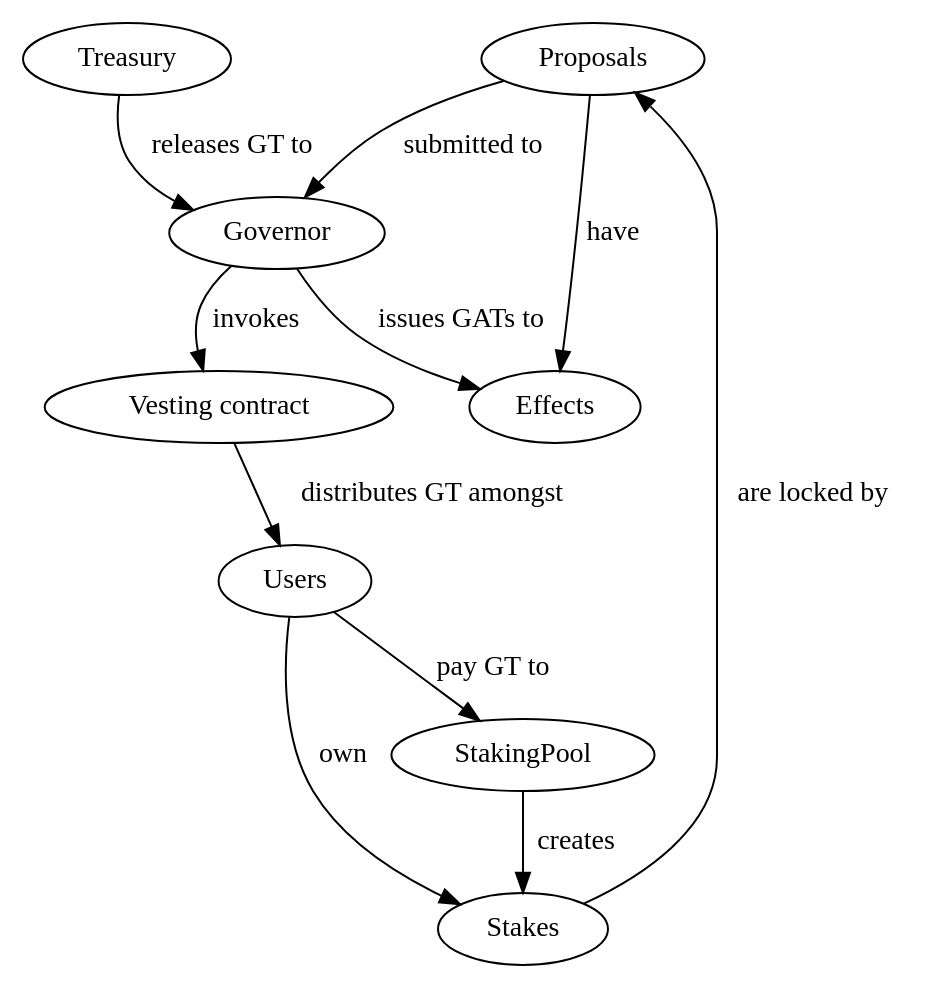
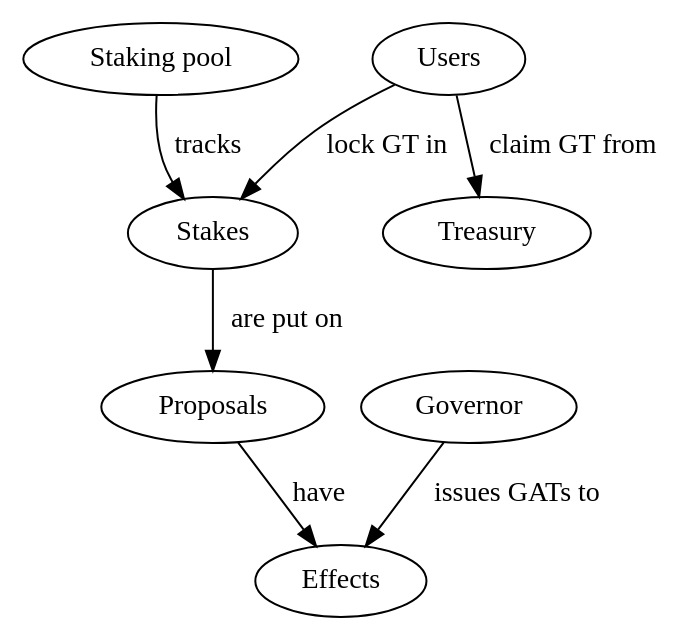
One commit to Liqwid-Labs/agora changed the diagram in docs/diagrams/gov-overview.dot. Above: the diagram before and after it, drawn with Graphviz. The commit also changed 1 other file, not shown here.

Commit message:
updated gov overview diagram

```diff
--- a/docs/diagrams/gov-overview.dot
+++ b/docs/diagrams/gov-overview.dot
@@ -1,12 +1,8 @@
 digraph {
-  Proposals -> Governor [label="submitted to"]
-  Users -> StakingPool [label="pay GT to"]
-  StakingPool -> Stakes [label="creates"]
-  Stakes -> Proposals [label="are locked by"]
+  "Staking pool" -> Stakes [label="tracks"]
+  Stakes -> Proposals [label="are put on"]
   Proposals -> Effects [label="have"]
   Governor -> Effects [label="issues GATs to"]
-  Treasury -> Governor [label="releases GT to"]
-  "Vesting contract" -> Users [label="distributes GT amongst"]
-  Users -> Stakes [label="own"]
-  Governor -> "Vesting contract" [label="invokes"]
+  Users -> Stakes [label="lock GT in"]
+  Users -> Treasury [label="claim GT from"]
 }
```
